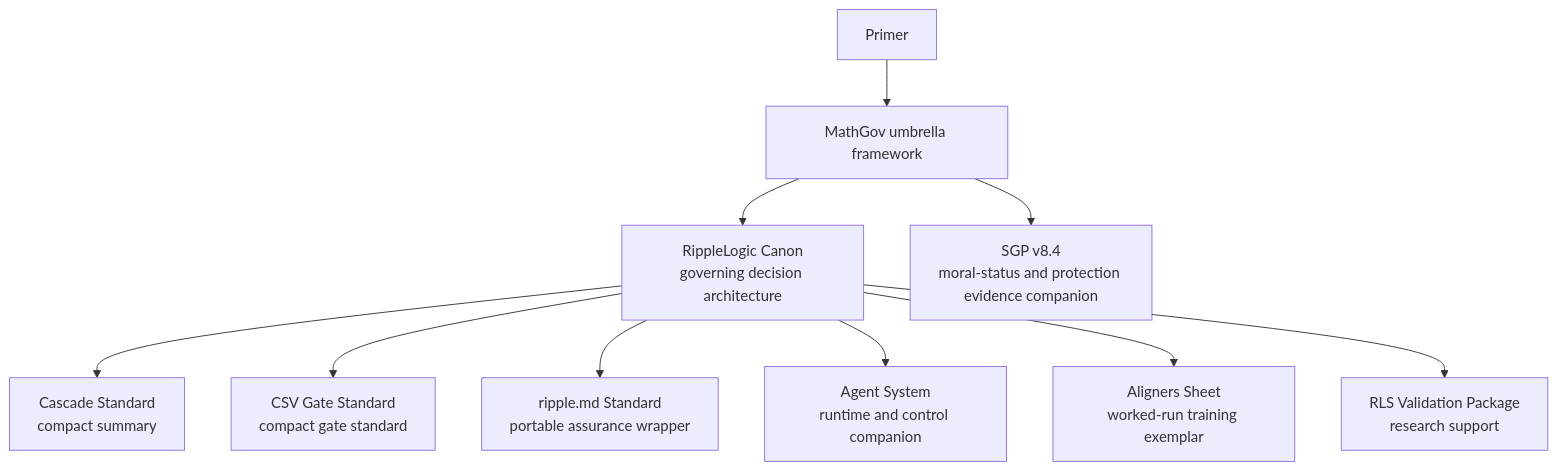
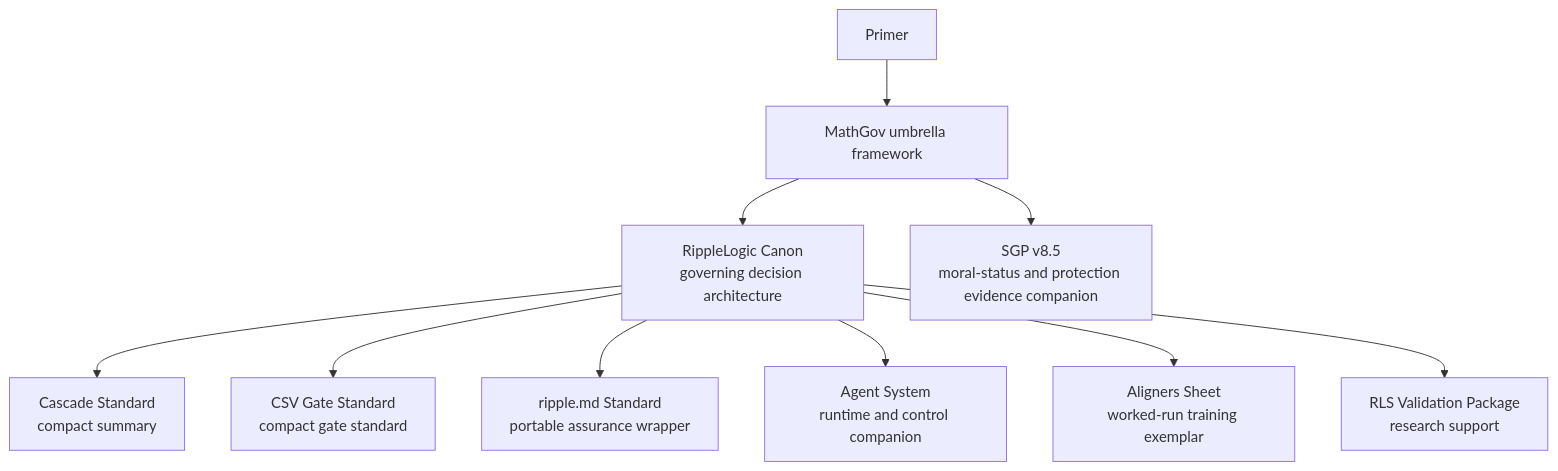
Before and after one commit to MathGov/ripple-logic: the diagram in docs/diagrams/artifact_hierarchy.mmd, drawn with Mermaid. The commit also changed 268 other files, not shown here.

```diff
--- a/docs/diagrams/artifact_hierarchy.mmd
+++ b/docs/diagrams/artifact_hierarchy.mmd
@@ -1,10 +1,10 @@
 flowchart TD
     A[MathGov umbrella framework] --> B[RippleLogic Canon<br/>governing decision architecture]
-    A --> C[SGP v8.4<br/>moral-status and protection evidence companion]
+    A --> C[SGP v8.5<br/>moral-status and protection evidence companion]
     B --> D[Cascade Standard<br/>compact summary]
     B --> E[CSV Gate Standard<br/>compact gate standard]
     B --> F[ripple.md Standard<br/>portable assurance wrapper]
     B --> G[Agent System<br/>runtime and control companion]
     B --> H[Aligners Sheet<br/>worked-run training exemplar]
     B --> I[RLS Validation Package<br/>research support]
     J[Primer] --> A
```
